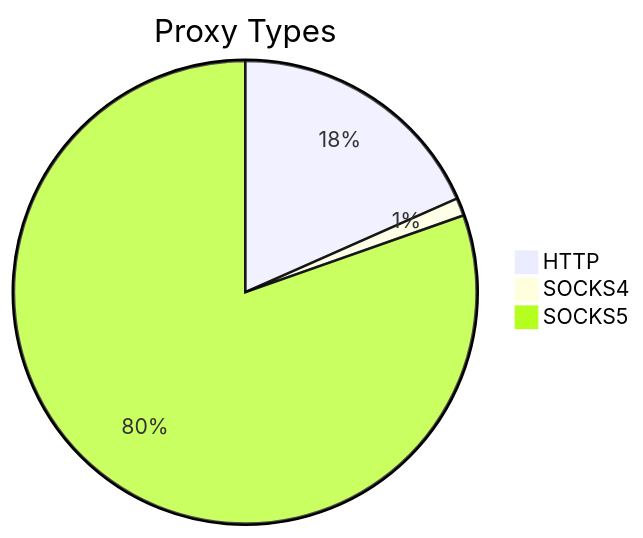
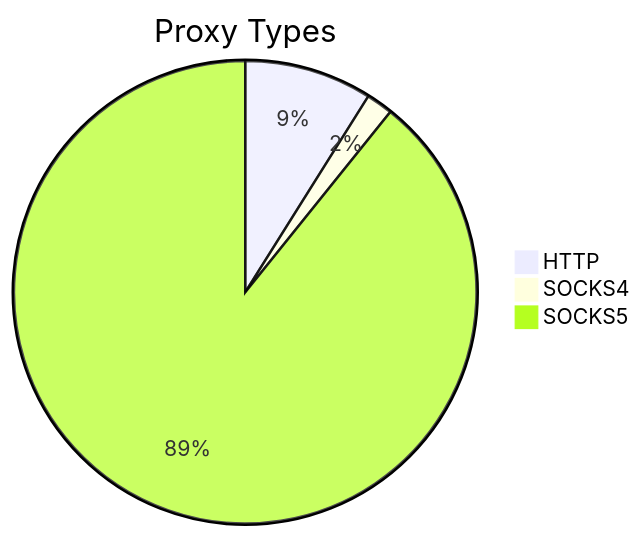
One commit to stormsia/proxy-list changed the first of 2 diagrams in README.md. Above: the diagram before and after it, drawn with Mermaid. The commit also changed other lines of this file, not shown here.

````diff
--- a/README.md
+++ b/README.md
@@ -21,6 +21,6 @@
 ```mermaid
 pie title Proxy Types
-    "HTTP" : 266
-    "SOCKS4" : 18
-    "SOCKS5" : 1164
+    "HTTP" : 115
+    "SOCKS4" : 24
+    "SOCKS5" : 1150
 ```
````
